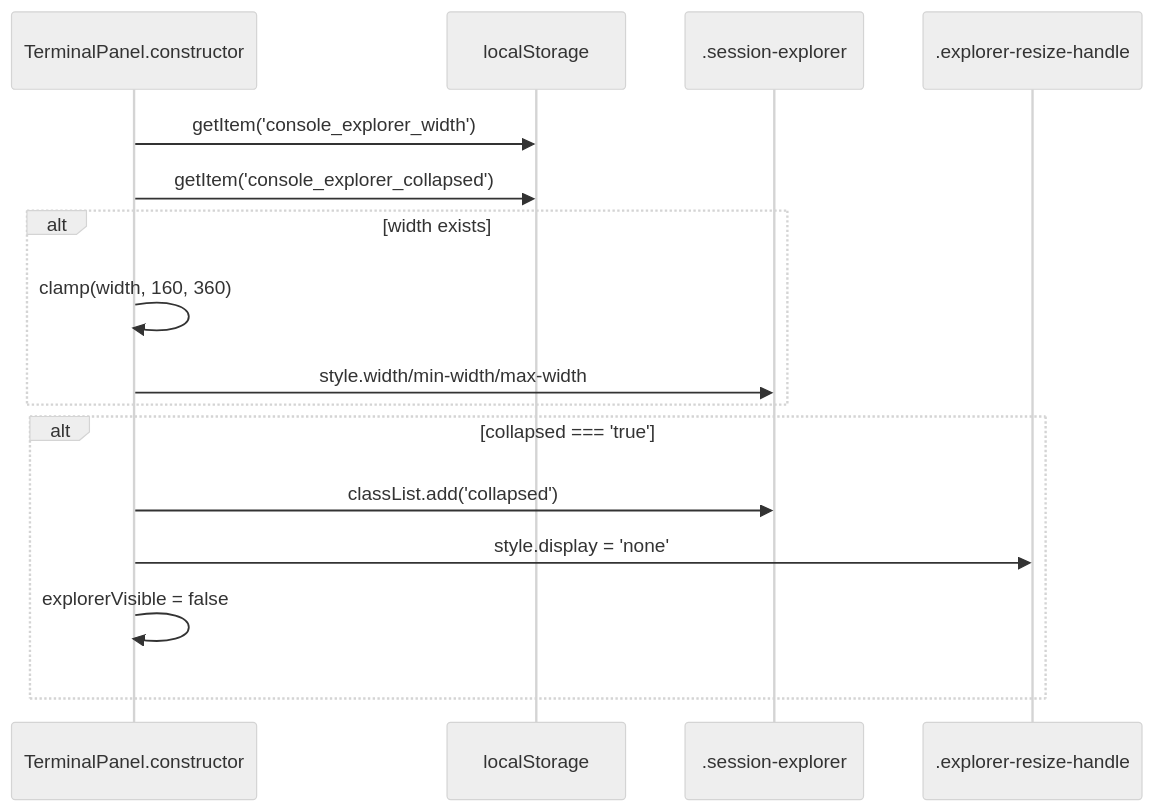
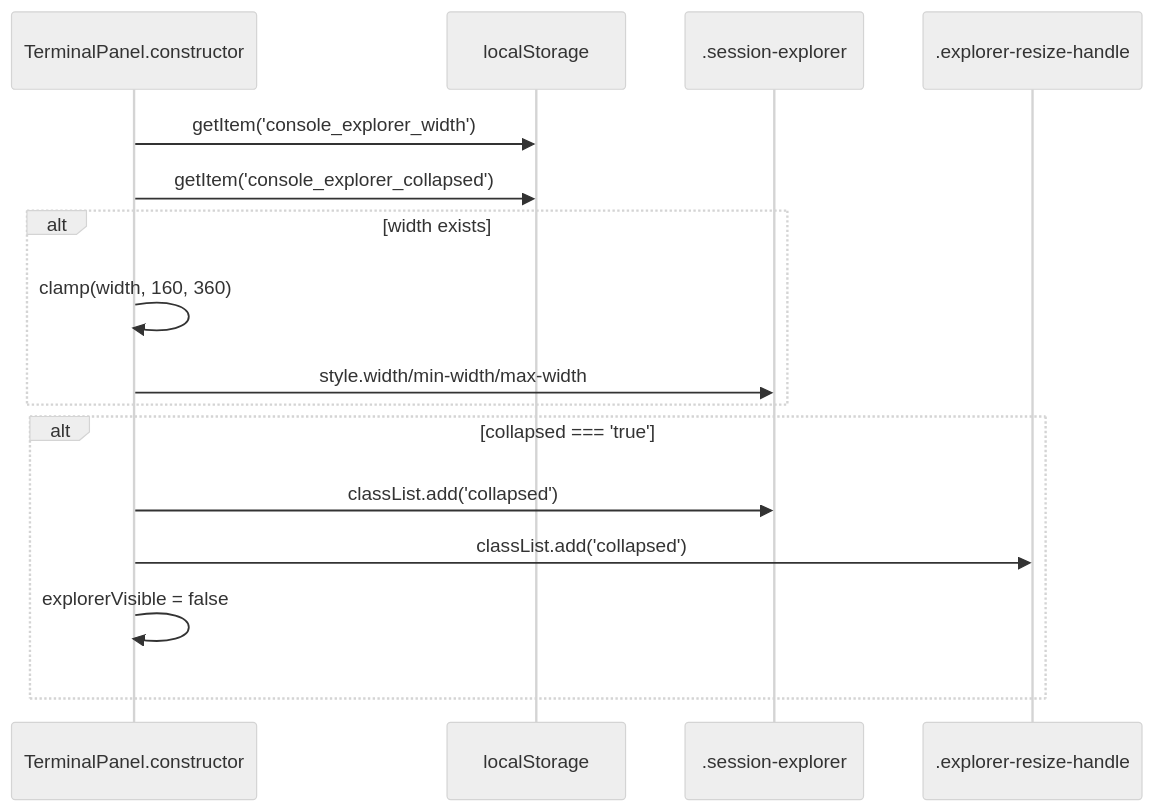
One commit to Young-Z/X-IPE changed the third of 5 diagrams in x-ipe-docs/requirements/EPIC-029/FEATURE-029-D/technical-design.md. Above: the diagram before and after it, drawn with Mermaid (neutral theme). The commit also changed other lines of this file and 10 other files, not shown here.

````diff
--- a/x-ipe-docs/requirements/EPIC-029/FEATURE-029-D/technical-design.md
+++ b/x-ipe-docs/requirements/EPIC-029/FEATURE-029-D/technical-design.md
@@ -112,19 +123,19 @@
 ```mermaid
 sequenceDiagram
     participant TP as TerminalPanel.constructor
     participant LS as localStorage
     participant Explorer as .session-explorer
     participant Handle as .explorer-resize-handle
 
     TP->>LS: getItem('console_explorer_width')
     TP->>LS: getItem('console_explorer_collapsed')
     alt width exists
         TP->>TP: clamp(width, 160, 360)
         TP->>Explorer: style.width/min-width/max-width
     end
     alt collapsed === 'true'
         TP->>Explorer: classList.add('collapsed')
-        TP->>Handle: style.display = 'none'
+        TP->>Handle: classList.add('collapsed')
         TP->>TP: explorerVisible = false
     end
 ```
````
